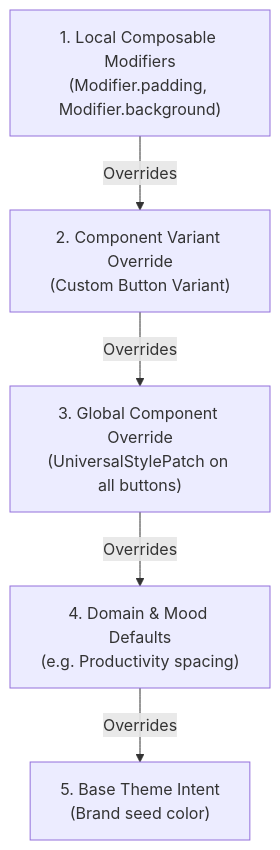
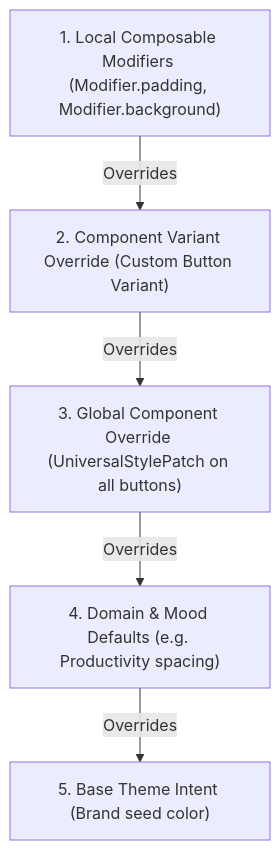
The diagram in docs/docs-site/src/content/docs/theming/overrides.mdx (alph-a07/basis), drawn with Mermaid before and after one commit. The commit also changed 8 other files, not shown here.

Commit message:
fix(docs): resolve mermaid code block selector and render interactive diagrams

````diff
--- a/docs/docs-site/src/content/docs/theming/overrides.mdx
+++ b/docs/docs-site/src/content/docs/theming/overrides.mdx
@@ -11,13 +11,13 @@
 ```mermaid
 flowchart TD
-    P1["1. Local Composable Modifiers<br/>(Modifier.padding, Modifier.background)"]
-    P2["2. Component Variant Override<br/>(Custom Button Variant)"]
-    P3["3. Global Component Override<br/>(UniversalStylePatch on all buttons)"]
-    P4["4. Domain & Mood Defaults<br/>(e.g. Productivity spacing)"]
-    P5["5. Base Theme Intent<br/>(Brand seed color)"]
+    P1["1. Local Composable Modifiers (Modifier.padding, Modifier.background)"]
+    P2["2. Component Variant Override (Custom Button Variant)"]
+    P3["3. Global Component Override (UniversalStylePatch on all buttons)"]
+    P4["4. Domain & Mood Defaults (e.g. Productivity spacing)"]
+    P5["5. Base Theme Intent (Brand seed color)"]
 
     P1 -->|Overrides| P2
     P2 -->|Overrides| P3
     P3 -->|Overrides| P4
     P4 -->|Overrides| P5
 ```
````
